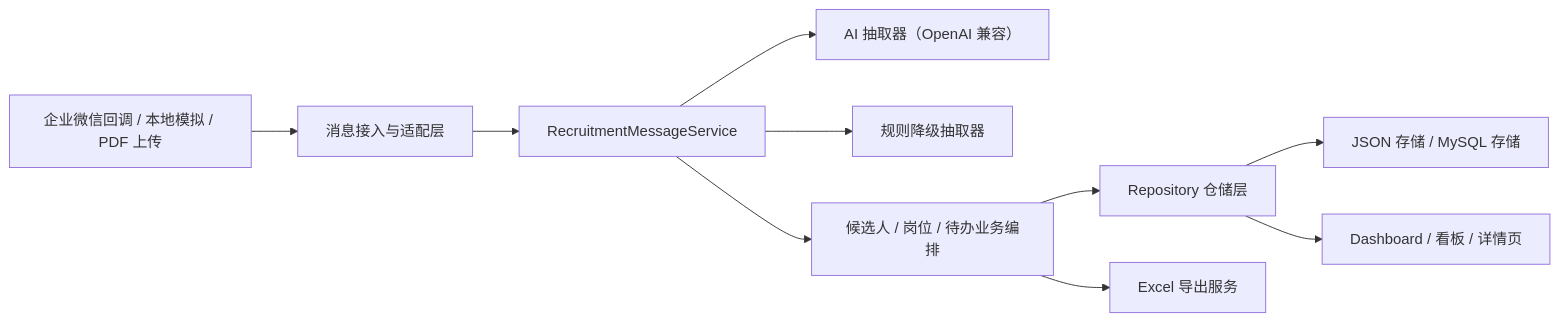
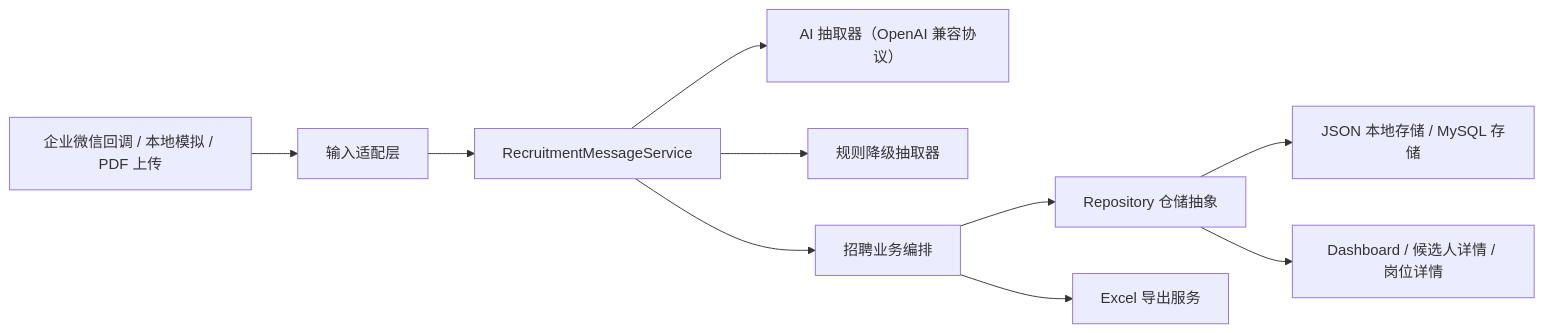
One commit to jackwentao/wecom-recruitment-ai-demo changed the diagram in README.md. Above: the diagram before and after it, drawn with Mermaid. The commit also changed other lines of this file and 1 other file, not shown here.

````diff
--- a/README.md
+++ b/README.md
@@ -63,12 +58,12 @@
 ```mermaid
 flowchart LR
-  A["企业微信回调 / 本地模拟 / PDF 上传"] --> B["消息接入与适配层"]
+  A["企业微信回调 / 本地模拟 / PDF 上传"] --> B["输入适配层"]
   B --> C["RecruitmentMessageService"]
-  C --> D["AI 抽取器（OpenAI 兼容）"]
+  C --> D["AI 抽取器（OpenAI 兼容协议）"]
   C --> E["规则降级抽取器"]
-  C --> F["候选人 / 岗位 / 待办业务编排"]
-  F --> G["Repository 仓储层"]
-  G --> H["JSON 存储 / MySQL 存储"]
+  C --> F["招聘业务编排"]
+  F --> G["Repository 仓储抽象"]
+  G --> H["JSON 本地存储 / MySQL 存储"]
   F --> I["Excel 导出服务"]
-  G --> J["Dashboard / 看板 / 详情页"]
+  G --> J["Dashboard / 候选人详情 / 岗位详情"]
 ```
````
